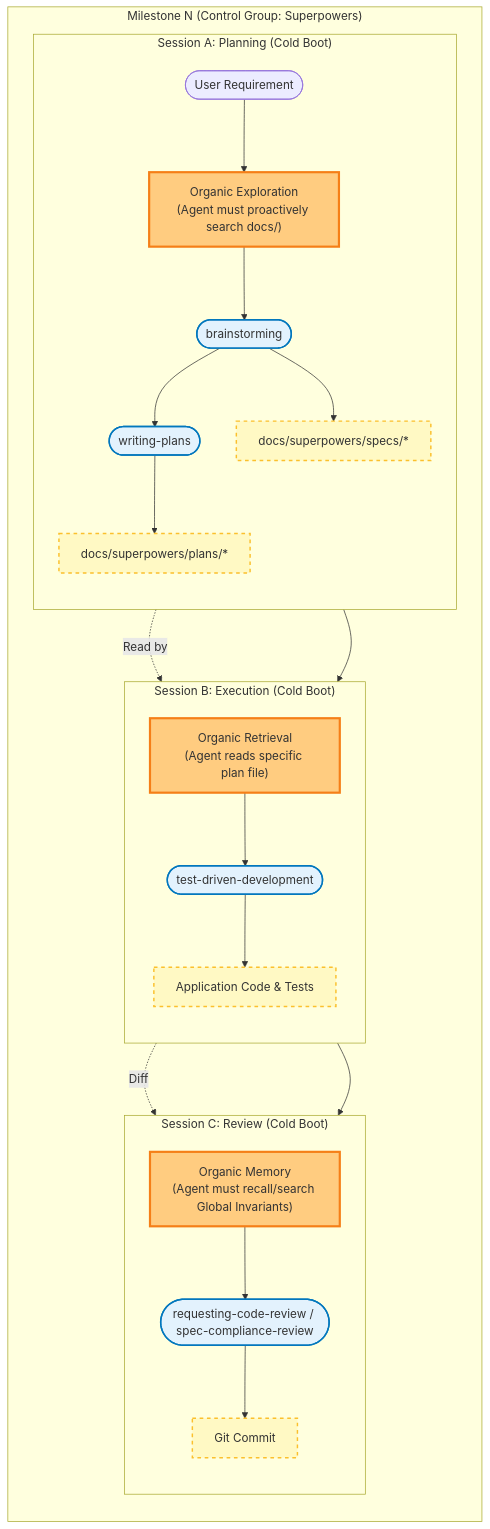
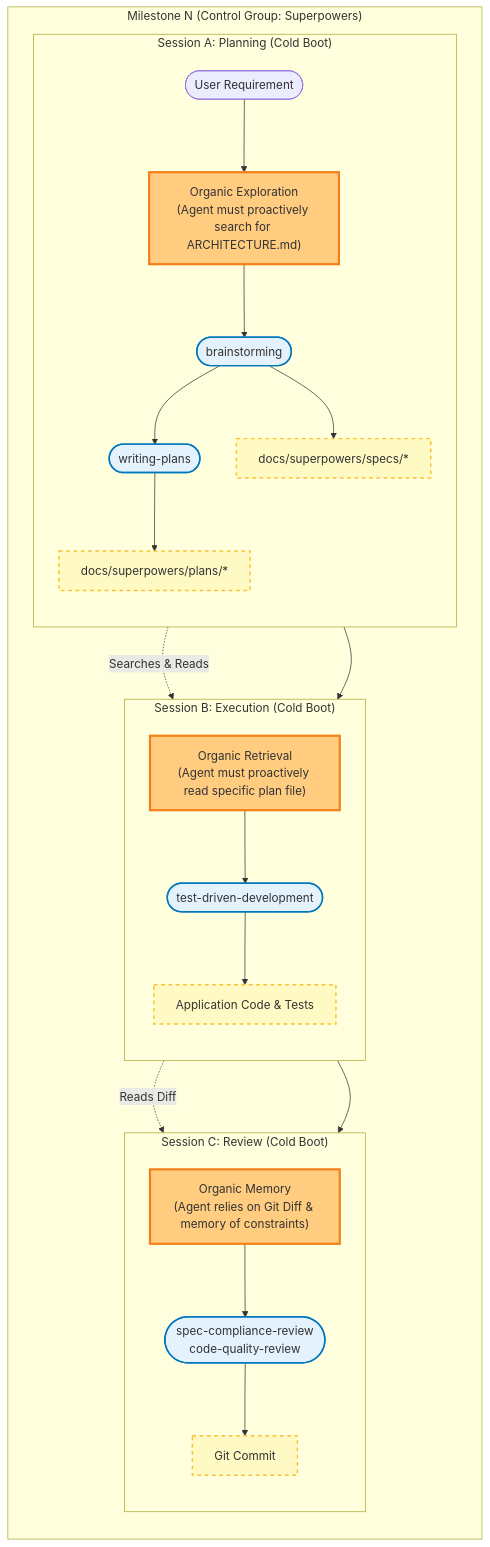
The first of 2 diagrams in experiments/trore-v2/experiments.md (coretexthq/coretext), drawn with Mermaid before and after one commit. The commit also changed other lines of this file and 29 other files, not shown here.

````diff
--- a/experiments/trore-v2/experiments.md
+++ b/experiments/trore-v2/experiments.md
@@ -110,54 +110,54 @@
 ```mermaid
 flowchart TB
     classDef session fill:#fce4ec,stroke:#880e4f,stroke-width:2px;
     classDef skill fill:#e3f2fd,stroke:#0277bd,stroke-width:2px;
     classDef artifact fill:#fff9c4,stroke:#fbc02d,stroke-width:2px,stroke-dasharray: 5 5;
     classDef difference fill:#ffcc80,stroke:#f57f17,stroke-width:3px;
 
     subgraph Milestone ["Milestone N (Control Group: Superpowers)"]
         direction TB
 
         subgraph SessionA ["Session A: Planning (Cold Boot)"]
             direction TB
             InputA([User Requirement])
-            ContextA["Organic Exploration<br/>(Agent must proactively search docs/)"]:::difference
+            ContextA["Organic Exploration<br/>(Agent must proactively search for ARCHITECTURE.md)"]:::difference
             Skill_Brainstorm([brainstorming]):::skill
-            Skill_WritePlan([writing-plans]):::skill
+            Skill_Plan([writing-plans]):::skill
             
             InputA --> ContextA
             ContextA --> Skill_Brainstorm
-            Skill_Brainstorm --> Skill_WritePlan
+            Skill_Brainstorm --> Skill_Plan
             
             Art_Spec[docs/superpowers/specs/*]:::artifact
             Art_Plan[docs/superpowers/plans/*]:::artifact
             
             Skill_Brainstorm --> Art_Spec
-            Skill_WritePlan --> Art_Plan
+            Skill_Plan --> Art_Plan
         end
 
         subgraph SessionB ["Session B: Execution (Cold Boot)"]
             direction TB
-            ContextB["Organic Retrieval<br/>(Agent reads specific plan file)"]:::difference
+            ContextB["Organic Retrieval<br/>(Agent must proactively read specific plan file)"]:::difference
             Skill_TDD([test-driven-development]):::skill
             Art_Code[Application Code & Tests]:::artifact
             
-            Art_Plan -. "Read by" .-> ContextB
+            Art_Plan -. "Searches & Reads" .-> ContextB
             ContextB --> Skill_TDD
             Skill_TDD --> Art_Code
         end
 
         subgraph SessionC ["Session C: Review (Cold Boot)"]
             direction TB
-            ContextC["Organic Memory<br/>(Agent must recall/search Global Invariants)"]:::difference
-            Skill_Review([requesting-code-review / spec-compliance-review]):::skill
+            ContextC["Organic Memory<br/>(Agent relies on Git Diff & memory of constraints)"]:::difference
+            Skill_Review([spec-compliance-review<br/>code-quality-review]):::skill
             Art_Commit[Git Commit]:::artifact
             
-            Art_Code -. "Diff" .-> ContextC
+            Art_Code -. "Reads Diff" .-> ContextC
             ContextC --> Skill_Review
             Skill_Review --> Art_Commit
         end
         
         SessionA --> SessionB
         SessionB --> SessionC
     end
 ```
````
